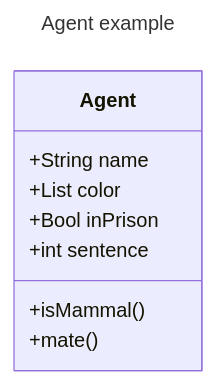
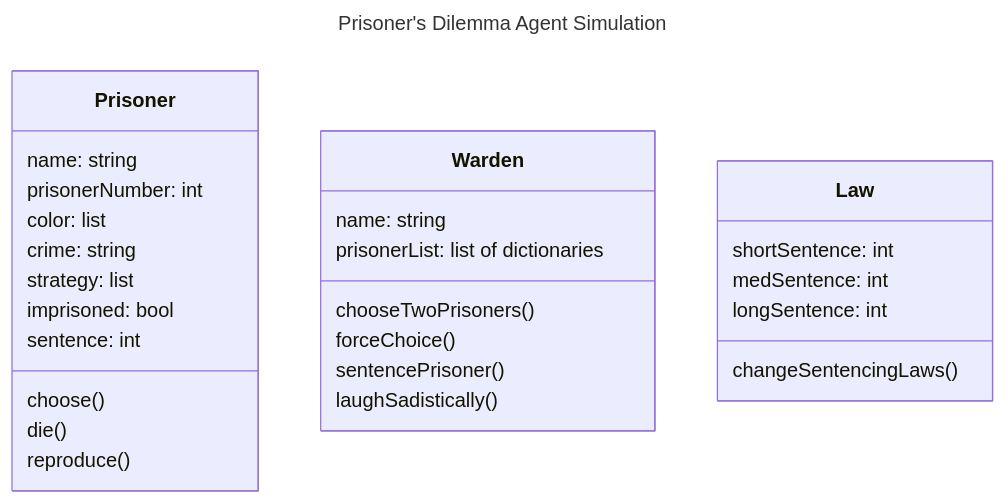
The diagram in Class Diagram.md (carlsmith23/POL42340g1), drawn with Mermaid before and after one commit. The commit also changed 1 other file, not shown here.

Commit message:
Project work

````diff
--- a/Class Diagram.md
+++ b/Class Diagram.md
@@ -1,15 +1,35 @@
 ```mermaid
 ---
-title: Agent example
+title: Prisoner's Dilemma Agent Simulation
 ---
 classDiagram
-Class Agent
-Agent: +String name
-Agent: +List color
-Agent: +Bool inPrison
-Agent: +int sentence
-Agent: +isMammal()
-Agent: +mate()
+class Prisoner {
+    name: string
+    prisonerNumber: int
+    color: list
+    crime: string
+    strategy: list  
+    imprisoned: bool
+    sentence: int
+    choose()
+    die()
+    reproduce()
+}
 
+class Warden {
+    name: string
+    prisonerList: list of dictionaries
+    chooseTwoPrisoners()
+    forceChoice()
+    sentencePrisoner()
+    laughSadistically()
 
+}
+
+class Law {
+    shortSentence: int
+    medSentence: int
+    longSentence: int
+    changeSentencingLaws()
+}
 ```    
````
